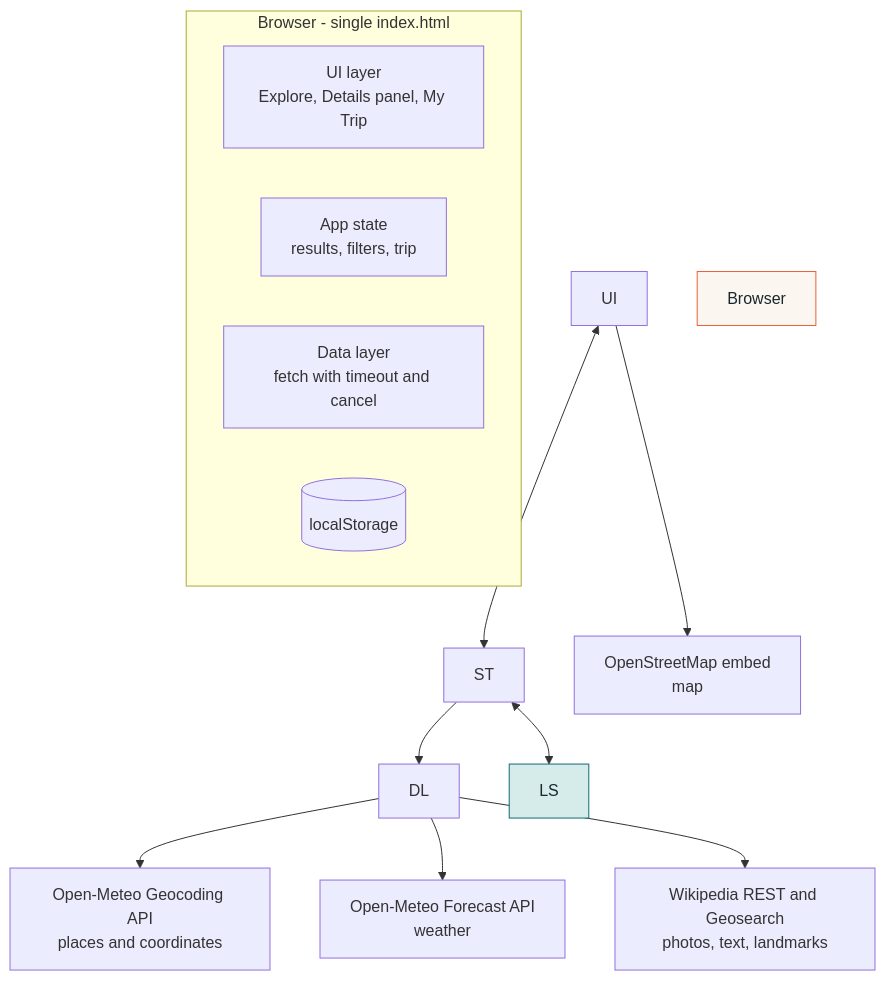
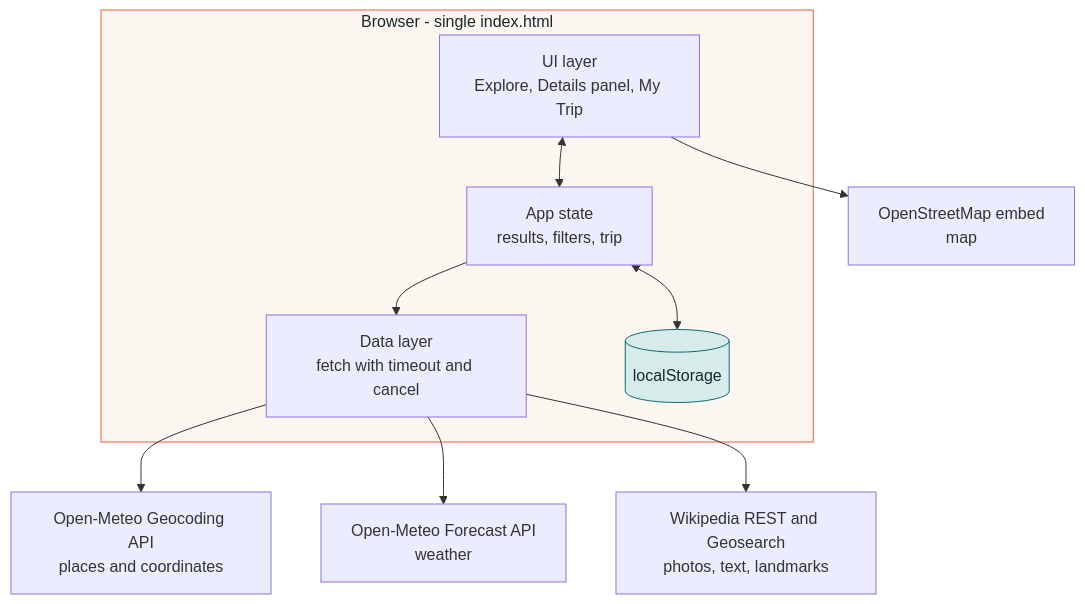
One commit to shrutilayau-24/TripWise changed the second of 4 diagrams in README.md. Above: the diagram before and after it, drawn with Mermaid. The commit also changed other lines of this file, not shown here.

````diff
--- a/README.md
+++ b/README.md
@@ -122,21 +157,21 @@
 ```mermaid
 flowchart TB
-    subgraph Browser\\\["Browser - single index.html"]
-        UI\\\["UI layer<br/>Explore, Details panel, My Trip"]
-        ST\\\["App state<br/>results, filters, trip"]
-        DL\\\["Data layer<br/>fetch with timeout and cancel"]
-        LS\\\[("localStorage")]
+    subgraph Browser["Browser - single index.html"]
+        UI["UI layer<br/>Explore, Details panel, My Trip"]
+        ST["App state<br/>results, filters, trip"]
+        DL["Data layer<br/>fetch with timeout and cancel"]
+        LS[("localStorage")]
     end
 
     UI <--> ST
     ST --> DL
     ST <--> LS
 
-    DL --> GEO\\\["Open-Meteo Geocoding API<br/>places and coordinates"]
-    DL --> WX\\\["Open-Meteo Forecast API<br/>weather"]
-    DL --> WIKI\\\["Wikipedia REST and Geosearch<br/>photos, text, landmarks"]
-    UI --> OSM\\\["OpenStreetMap embed<br/>map"]
+    DL --> GEO["Open-Meteo Geocoding API<br/>places and coordinates"]
+    DL --> WX["Open-Meteo Forecast API<br/>weather"]
+    DL --> WIKI["Wikipedia REST and Geosearch<br/>photos, text, landmarks"]
+    UI --> OSM["OpenStreetMap embed<br/>map"]
 
     style Browser fill:#fbf6ef,stroke:#e8603c,color:#18282d
     style LS fill:#d6eceb,stroke:#0f6b73,color:#18282d
 ```
````
